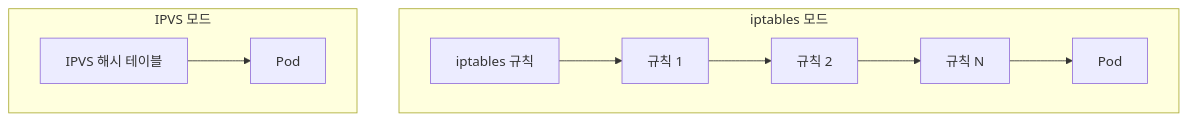
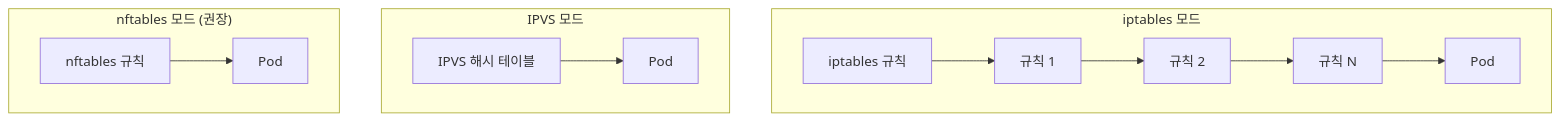
The fifth of 9 diagrams in src/content/backend/kubernetes/k8s-02-service-networking.md (KimSeogyu/KimSeogyu.github.io), drawn with Mermaid before and after one commit. The commit also changed other lines of this file and 3 other files, not shown here.

````diff
--- a/src/content/backend/kubernetes/k8s-02-service-networking.md
+++ b/src/content/backend/kubernetes/k8s-02-service-networking.md
@@ -240,17 +240,23 @@
 ```mermaid
 flowchart TB
     subgraph IptablesMode ["iptables 모드"]
         IT["iptables 규칙"]
         Rule1["규칙 1"]
         Rule2["규칙 2"]
         RuleN["규칙 N"]
         Target["Pod"]
         IT --> Rule1 --> Rule2 --> RuleN --> Target
     end
     
     subgraph IPVSMode ["IPVS 모드"]
         IV["IPVS 해시 테이블"]
         Target2["Pod"]
         IV --> Target2
     end
+    
+    subgraph NftablesMode ["nftables 모드 (권장)"]
+        NFT["nftables 규칙"]
+        Target3["Pod"]
+        NFT --> Target3
+    end
 ```
````
